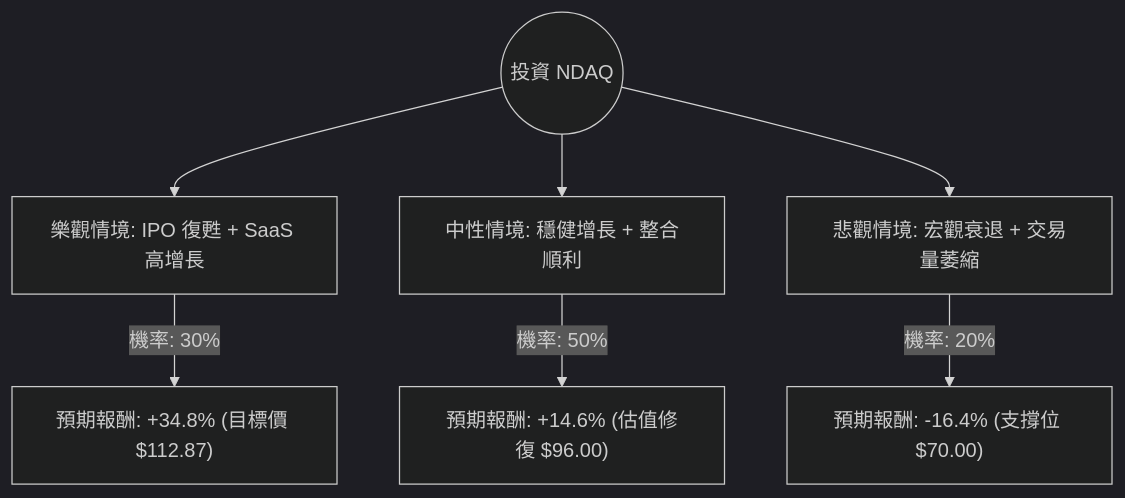
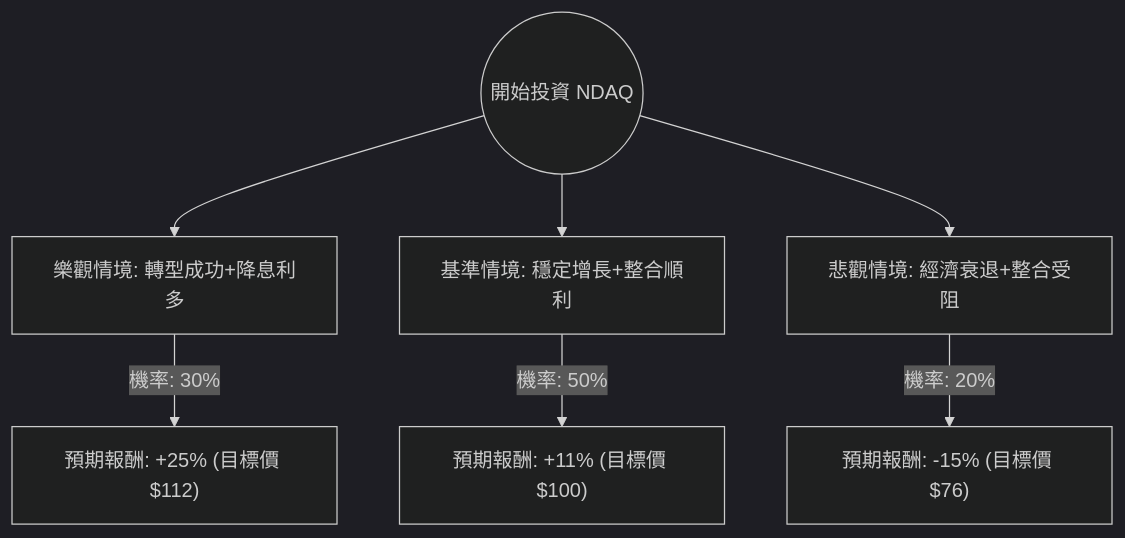
Before and after one commit to zmcx16/zmcx16.github.io: the diagram in plugin-react/ai-analysis/ev-analysis/NDAQ.md, drawn with Mermaid (dark theme). The commit also changed other lines of this file and 81 other files, not shown here.

````diff
--- a/plugin-react/ai-analysis/ev-analysis/NDAQ.md
+++ b/plugin-react/ai-analysis/ev-analysis/NDAQ.md
@@ -19,10 +21,10 @@
 ```mermaid
 graph TD
-    Start((投資 NDAQ)) --> Bull[樂觀情境: IPO 復甦 + SaaS 高增長]
-    Start --> Base[中性情境: 穩健增長 + 整合順利]
-    Start --> Bear[悲觀情境: 宏觀衰退 + 交易量萎縮]
+    Start((開始投資 NDAQ)) --> Bull[樂觀情境: 轉型成功+降息利多]
+    Start --> Base[基準情境: 穩定增長+整合順利]
+    Start --> Bear[悲觀情境: 經濟衰退+整合受阻]
 
-    Bull -- "機率: 30%" --> BullVal["預期報酬: +34.8% (目標價 $112.87)"]
-    Base -- "機率: 50%" --> BaseVal["預期報酬: +14.6% (估值修復 $96.00)"]
-    Bear -- "機率: 20%" --> BearVal["預期報酬: -16.4% (支撐位 $70.00)"]
+    Bull -- "機率: 30%" --> BullVal["預期報酬: +25% (目標價 $112)"]
+    Base -- "機率: 50%" --> BaseVal["預期報酬: +11% (目標價 $100)"]
+    Bear -- "機率: 20%" --> BearVal["預期報酬: -15% (目標價 $76)"]
 ```
````
